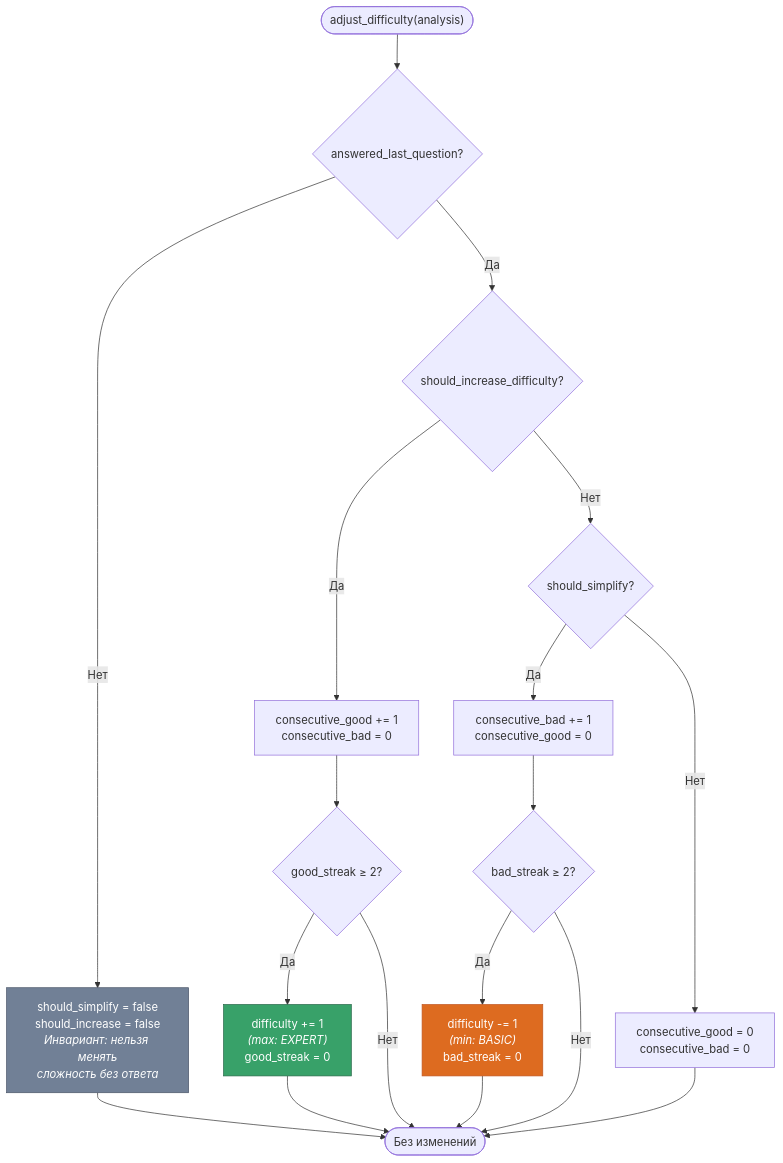
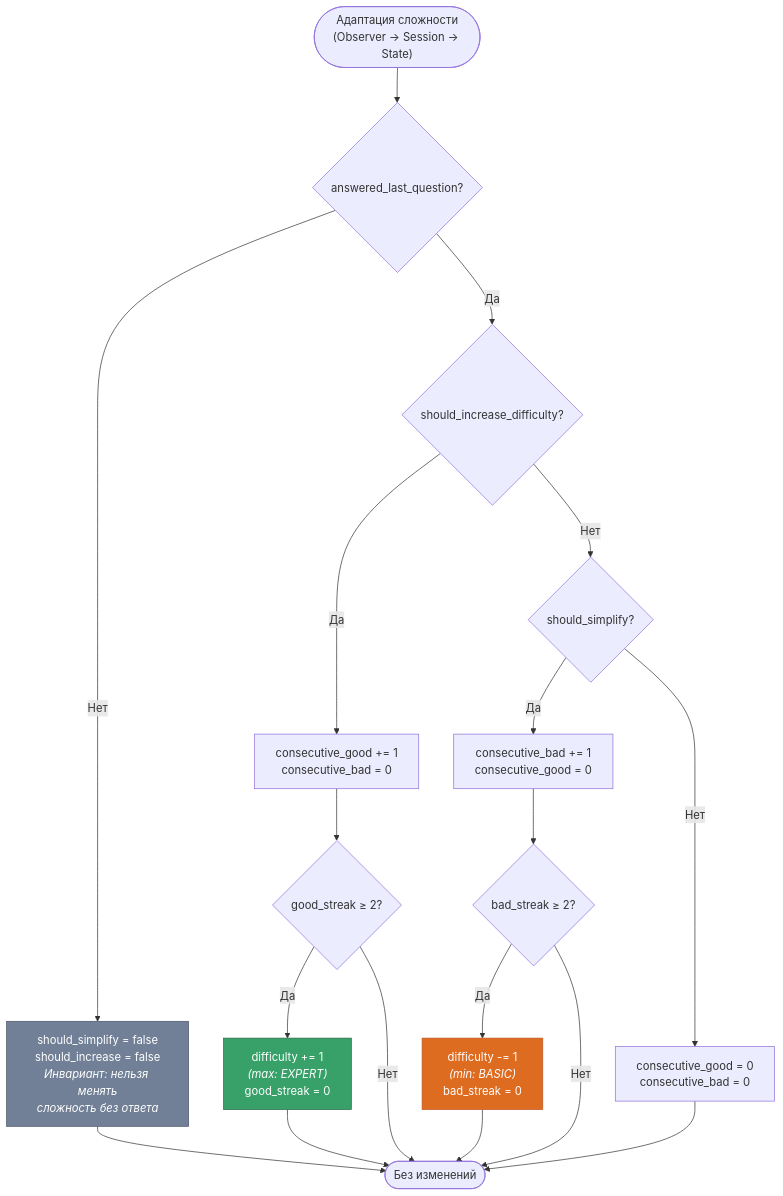
One commit to RomiconEZ/Multi-Agent-Interview-Coach changed the sixth of 8 diagrams in docs/diagrams/workflow.md. Above: the diagram before and after it, drawn with Mermaid. The commit also changed other lines of this file and 3 other files, not shown here.

Commit message:
Update documentation: enhance clarity of LLM infrastructure, cache handling, and data flow details

````diff
--- a/docs/diagrams/workflow.md
+++ b/docs/diagrams/workflow.md
@@ -231,28 +236,28 @@
 ```mermaid
 flowchart TD
-    A(["adjust_difficulty(analysis)"]) --> B{answered_last_question?}
+    A(["Адаптация сложности<br/>(Observer → Session → State)"]) --> B{answered_last_question?}
     B -->|Нет| B1["should_simplify = false<br/>should_increase = false<br/><i>Инвариант: нельзя менять<br/>сложность без ответа</i>"]
     B1 --> Z([Без изменений])
 
     B -->|Да| C{should_increase_difficulty?}
     C -->|Да| D["consecutive_good += 1<br/>consecutive_bad = 0"]
     D --> D1{good_streak ≥ 2?}
     D1 -->|Да| D2["difficulty += 1<br/><i>(max: EXPERT)</i><br/>good_streak = 0"]
     D1 -->|Нет| Z
 
     C -->|Нет| E{should_simplify?}
     E -->|Да| F["consecutive_bad += 1<br/>consecutive_good = 0"]
     F --> F1{bad_streak ≥ 2?}
     F1 -->|Да| F2["difficulty -= 1<br/><i>(min: BASIC)</i><br/>bad_streak = 0"]
     F1 -->|Нет| Z
 
     E -->|Нет| G["consecutive_good = 0<br/>consecutive_bad = 0"]
     G --> Z
 
     D2 --> Z
     F2 --> Z
 
     style D2 fill:#38a169,stroke:#276749,color:#fff
     style F2 fill:#dd6b20,stroke:#c05621,color:#fff
     style B1 fill:#718096,stroke:#4a5568,color:#fff
 ```
````
